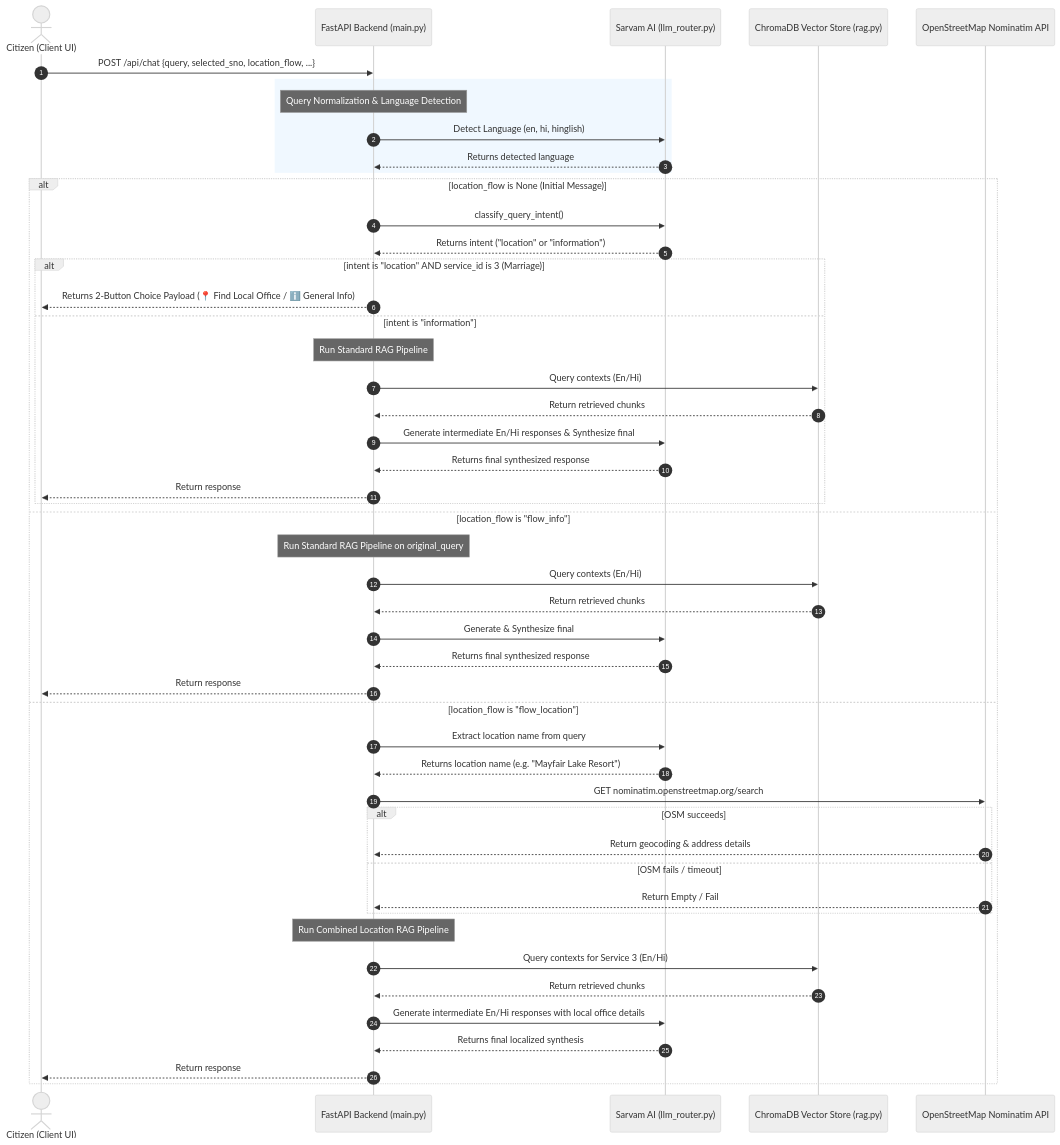
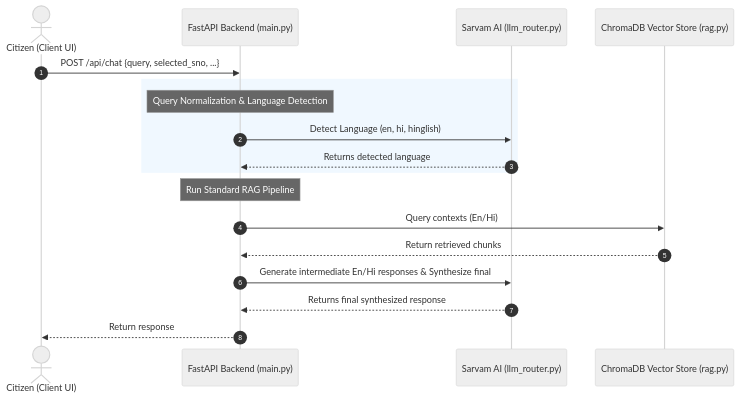
One commit to neeraj-bhoi/SewaSetuRag-Copy-2 changed the diagram in PROJECT_DOCUMENTATION.md. Above: the diagram before and after it, drawn with Mermaid (neutral theme). The commit also changed other lines of this file and 27 other files, not shown here.

````diff
--- a/PROJECT_DOCUMENTATION.md
+++ b/PROJECT_DOCUMENTATION.md
@@ -106,59 +94,23 @@
 ```mermaid
 sequenceDiagram
     autonumber
     actor User as Citizen (Client UI)
     participant API as FastAPI Backend (main.py)
     participant LLM as Sarvam AI (llm_router.py)
     participant DB as ChromaDB Vector Store (rag.py)
-    participant OSM as OpenStreetMap Nominatim API
 
-    User->>API: POST /api/chat {query, selected_sno, location_flow, ...}
+    User->>API: POST /api/chat {query, selected_sno, ...}
     
     rect rgb(240, 248, 255)
         Note over API: Query Normalization & Language Detection
         API->>LLM: Detect Language (en, hi, hinglish)
         LLM-->>API: Returns detected language
     end
 
-    alt location_flow is None (Initial Message)
-        API->>LLM: classify_query_intent()
-        LLM-->>API: Returns intent ("location" or "information")
-        
-        alt intent is "location" AND service_id is 3 (Marriage)
-            API-->>User: Returns 2-Button Choice Payload (📍 Find Local Office / ℹ️ General Info)
-        else intent is "information"
-            Note over API: Run Standard RAG Pipeline
-            API->>DB: Query contexts (En/Hi)
-            DB-->>API: Return retrieved chunks
-            API->>LLM: Generate intermediate En/Hi responses & Synthesize final
-            LLM-->>API: Returns final synthesized response
-            API-->>User: Return response
-        end
-        
-    else location_flow is "flow_info"
-        Note over API: Run Standard RAG Pipeline on original_query
-        API->>DB: Query contexts (En/Hi)
-        DB-->>API: Return retrieved chunks
-        API->>LLM: Generate & Synthesize final
-        LLM-->>API: Returns final synthesized response
-        API-->>User: Return response
-        
-    else location_flow is "flow_location"
-        API->>LLM: Extract location name from query
-        LLM-->>API: Returns location name (e.g. "Mayfair Lake Resort")
-        
-        API->>OSM: GET nominatim.openstreetmap.org/search
-        alt OSM succeeds
-            OSM-->>API: Return geocoding & address details
-        else OSM fails / timeout
-            OSM-->>API: Return Empty / Fail
-        end
-        
-        Note over API: Run Combined Location RAG Pipeline
-        API->>DB: Query contexts for Service 3 (En/Hi)
-        DB-->>API: Return retrieved chunks
-        API->>LLM: Generate intermediate En/Hi responses with local office details
-        LLM-->>API: Returns final localized synthesis
-        API-->>User: Return response
-    end
+    Note over API: Run Standard RAG Pipeline
+    API->>DB: Query contexts (En/Hi)
+    DB-->>API: Return retrieved chunks
+    API->>LLM: Generate intermediate En/Hi responses & Synthesize final
+    LLM-->>API: Returns final synthesized response
+    API-->>User: Return response
 ```
````
